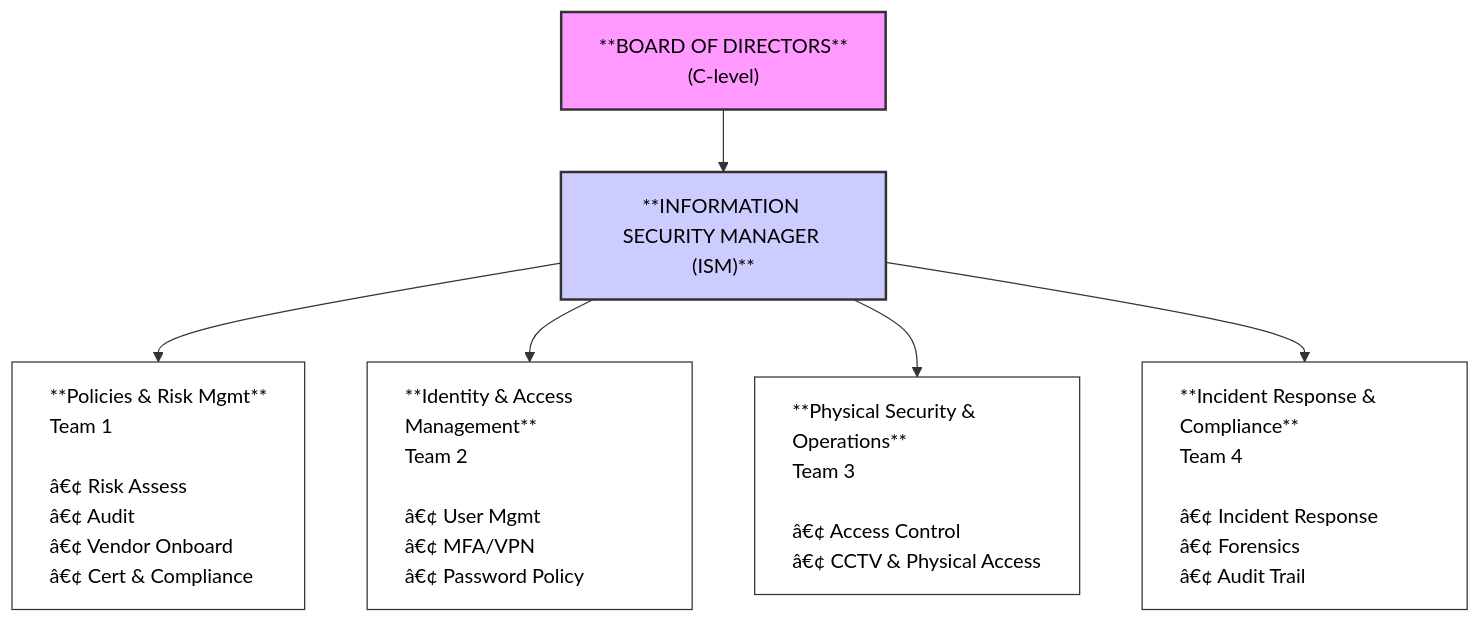
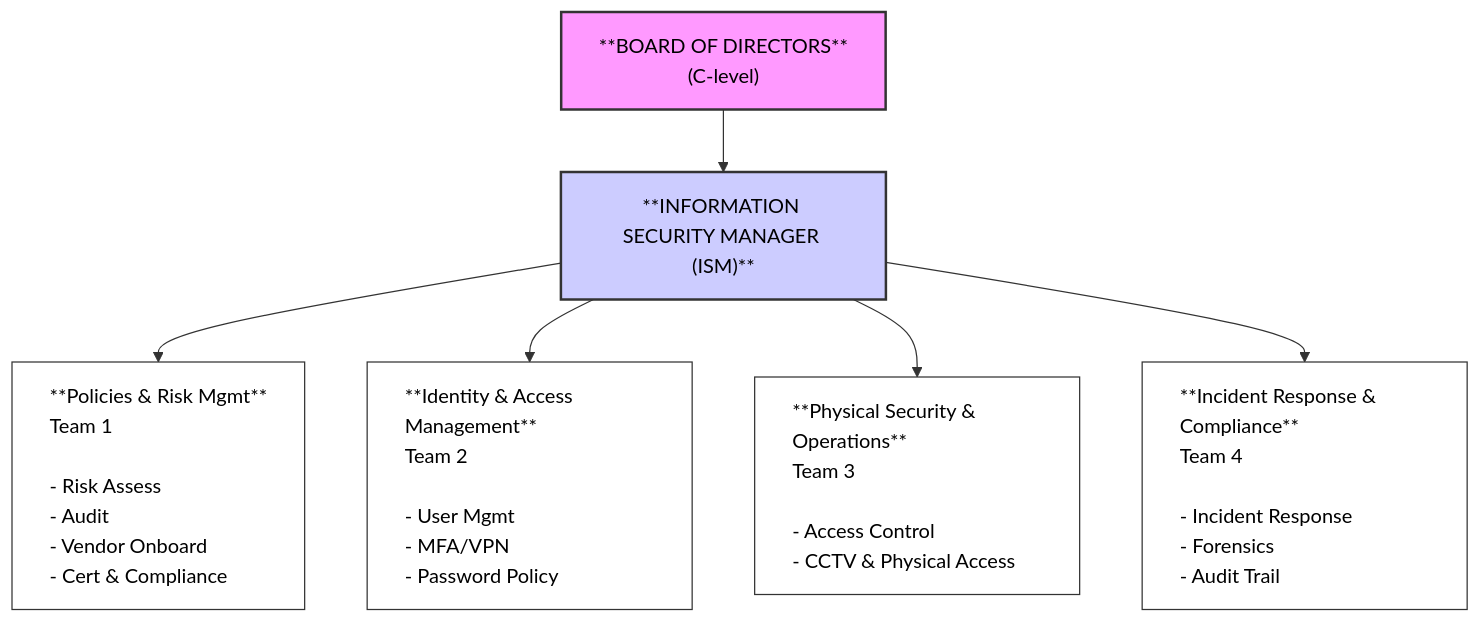
One commit to herifauzan/iso27001-smki-docs changed the first of 5 diagrams in GOV-POL-TK3I.md. Above: the diagram before and after it, drawn with Mermaid. The commit also changed other lines of this file and 10 other files, not shown here.

````diff
--- a/GOV-POL-TK3I.md
+++ b/GOV-POL-TK3I.md
@@ -135,27 +135,27 @@
 ```mermaid
 graph TD
     %% Define Nodes
     BOD["**BOARD OF DIRECTORS**<br/>(C-level)"]
     ISM["**INFORMATION SECURITY MANAGER (ISM)**"]
     
-    T1["**Policies & Risk Mgmt**<br/>Team 1<br/><br/>â€¢ Risk Assess<br/>â€¢ Audit<br/>â€¢ Vendor Onboard<br/>â€¢ Cert & Compliance"]
-    T2["**Identity & Access Management**<br/>Team 2<br/><br/>â€¢ User Mgmt<br/>â€¢ MFA/VPN<br/>â€¢ Password Policy"]
-    T3["**Physical Security & Operations**<br/>Team 3<br/><br/>â€¢ Access Control<br/>â€¢ CCTV & Physical Access"]
-    T4["**Incident Response & Compliance**<br/>Team 4<br/><br/>â€¢ Incident Response<br/>â€¢ Forensics<br/>â€¢ Audit Trail"]
+    T1["**Policies & Risk Mgmt**<br/>Team 1<br/><br/>- Risk Assess<br/>- Audit<br/>- Vendor Onboard<br/>- Cert & Compliance"]
+    T2["**Identity & Access Management**<br/>Team 2<br/><br/>- User Mgmt<br/>- MFA/VPN<br/>- Password Policy"]
+    T3["**Physical Security & Operations**<br/>Team 3<br/><br/>- Access Control<br/>- CCTV & Physical Access"]
+    T4["**Incident Response & Compliance**<br/>Team 4<br/><br/>- Incident Response<br/>- Forensics<br/>- Audit Trail"]
 
     %% Define Connections
     BOD --> ISM
     ISM --> T1
     ISM --> T2
     ISM --> T3
     ISM --> T4
 
     %% Define Styling (Optional, to make it look nicer)
     classDef main fill:#f9f,stroke:#333,stroke-width:2px,color:black;
     classDef manager fill:#ccf,stroke:#333,stroke-width:2px,color:black;
     classDef team fill:#fff,stroke:#333,stroke-width:1px,color:black,text-align:left;
 
     class BOD main;
     class ISM manager;
     class T1,T2,T3,T4 team;
 ```
````
